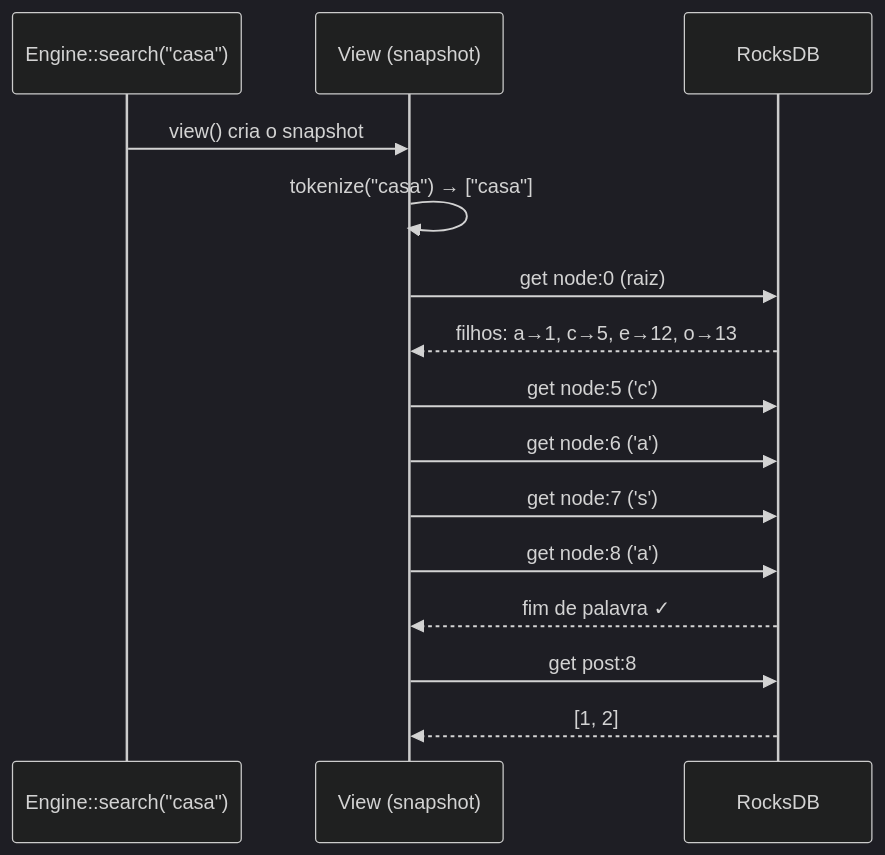
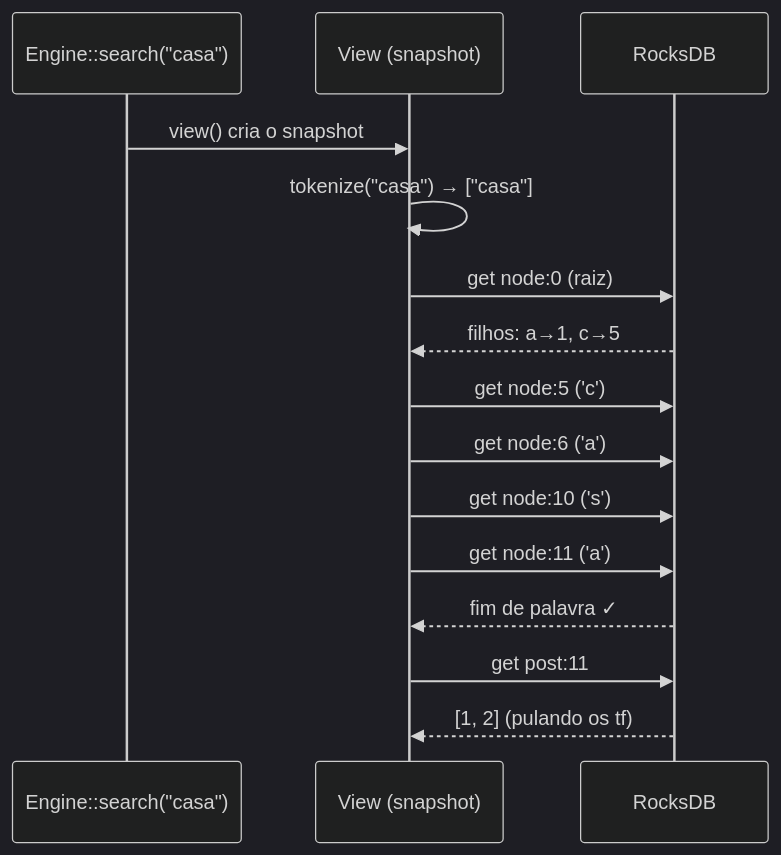
One commit to evertondays/fire-flower changed the seventh of 9 diagrams in docs/como-funciona.md. Above: the diagram before and after it, drawn with Mermaid (dark theme). The commit also changed other lines of this file and 22 other files, not shown here.

````diff
--- a/docs/como-funciona.md
+++ b/docs/como-funciona.md
@@ -477,18 +552,18 @@
 ```mermaid
 sequenceDiagram
     participant U as Engine::search("casa")
     participant V as View (snapshot)
     participant DB as RocksDB
 
     U->>V: view() cria o snapshot
     V->>V: tokenize("casa") → ["casa"]
     V->>DB: get node:0 (raiz)
-    DB-->>V: filhos: a→1, c→5, e→12, o→13
+    DB-->>V: filhos: a→1, c→5
     V->>DB: get node:5 ('c')
     V->>DB: get node:6 ('a')
-    V->>DB: get node:7 ('s')
-    V->>DB: get node:8 ('a')
+    V->>DB: get node:10 ('s')
+    V->>DB: get node:11 ('a')
     DB-->>V: fim de palavra ✓
-    V->>DB: get post:8
-    DB-->>V: [1, 2]
+    V->>DB: get post:11
+    DB-->>V: [1, 2] (pulando os tf)
 ```
````
